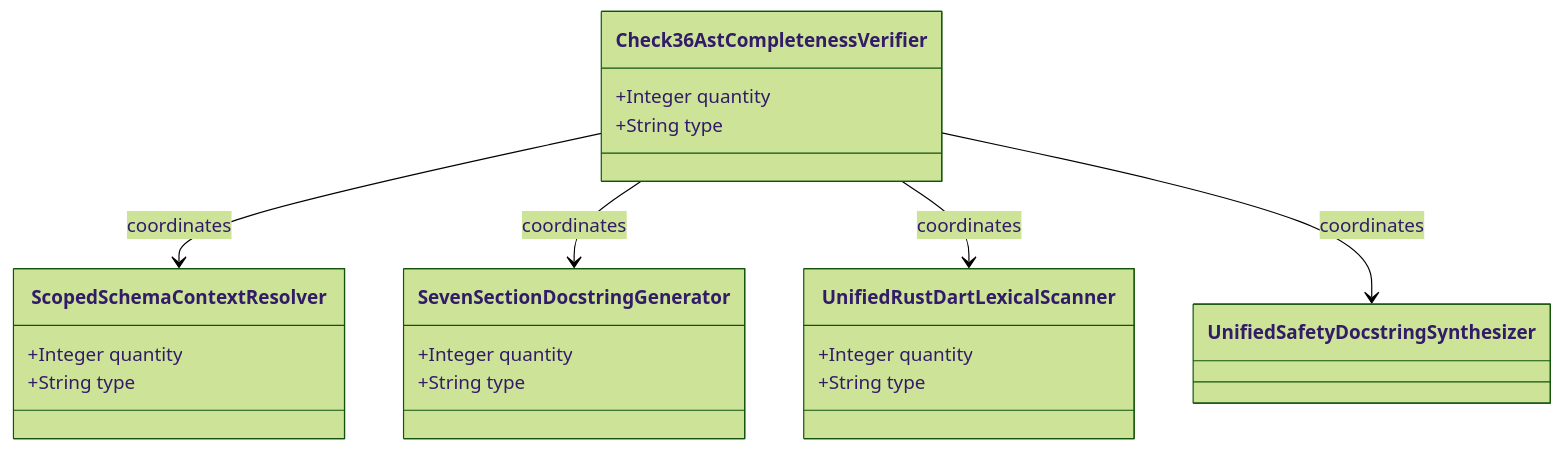
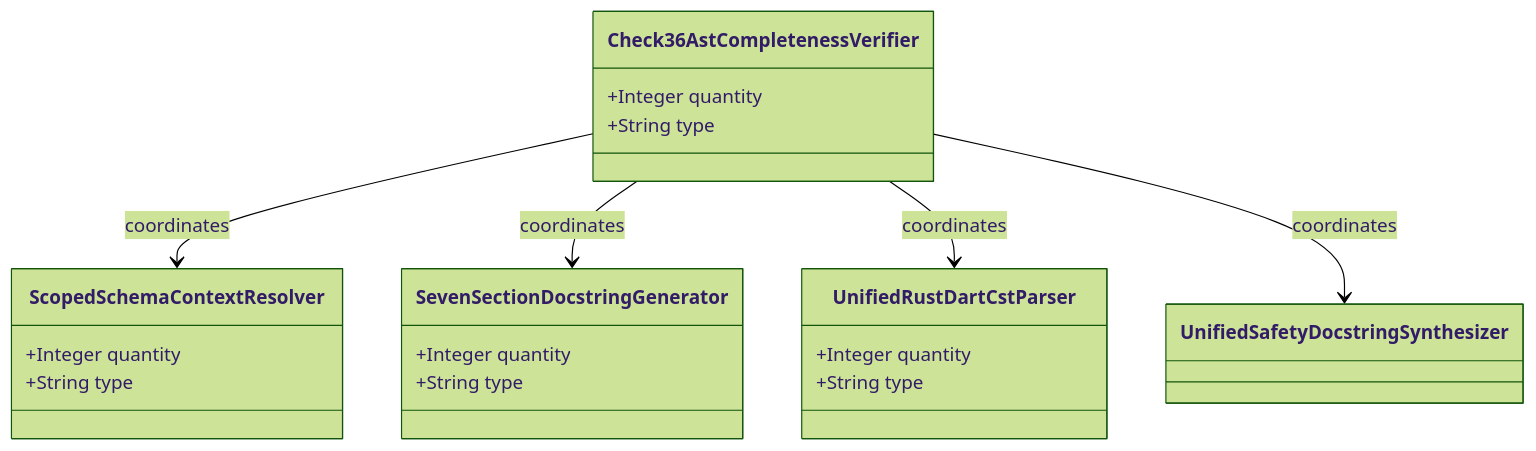
The first of 2 diagrams in .pipeline/upstream/docs/epics/EPIC-05-BP_05_Unified_AST_Safety_Docstring_Synthesizer_and_Check_36_Verification_Blueprint.md (gintatkinson/DEAP01-spec-core), drawn with Mermaid (forest theme) before and after one commit. The commit also changed other lines of this file and 196 other files, not shown here.

````diff
--- a/.pipeline/upstream/docs/epics/EPIC-05-BP_05_Unified_AST_Safety_Docstring_Synthesizer_and_Check_36_Verification_Blueprint.md
+++ b/.pipeline/upstream/docs/epics/EPIC-05-BP_05_Unified_AST_Safety_Docstring_Synthesizer_and_Check_36_Verification_Blueprint.md
@@ -57,24 +57,24 @@
 ```mermaid
 classDiagram
     class Check36AstCompletenessVerifier {
         +Integer quantity
         +String type
     }
     class ScopedSchemaContextResolver {
         +Integer quantity
         +String type
     }
     class SevenSectionDocstringGenerator {
         +Integer quantity
         +String type
     }
-    class UnifiedRustDartLexicalScanner {
+    class UnifiedRustDartCstParser {
         +Integer quantity
         +String type
     }
     class UnifiedSafetyDocstringSynthesizer
     Check36AstCompletenessVerifier --> ScopedSchemaContextResolver : coordinates
     Check36AstCompletenessVerifier --> SevenSectionDocstringGenerator : coordinates
-    Check36AstCompletenessVerifier --> UnifiedRustDartLexicalScanner : coordinates
+    Check36AstCompletenessVerifier --> UnifiedRustDartCstParser : coordinates
     Check36AstCompletenessVerifier --> UnifiedSafetyDocstringSynthesizer : coordinates
 ```
````
